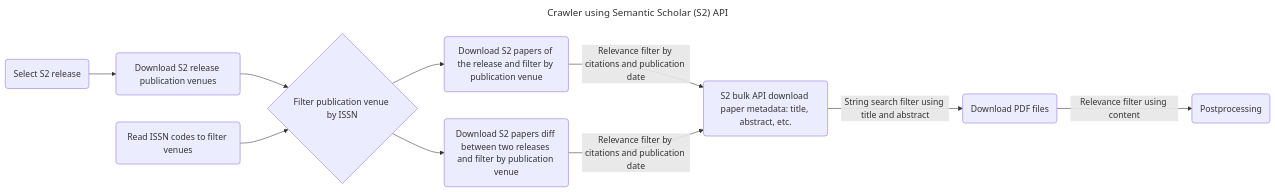
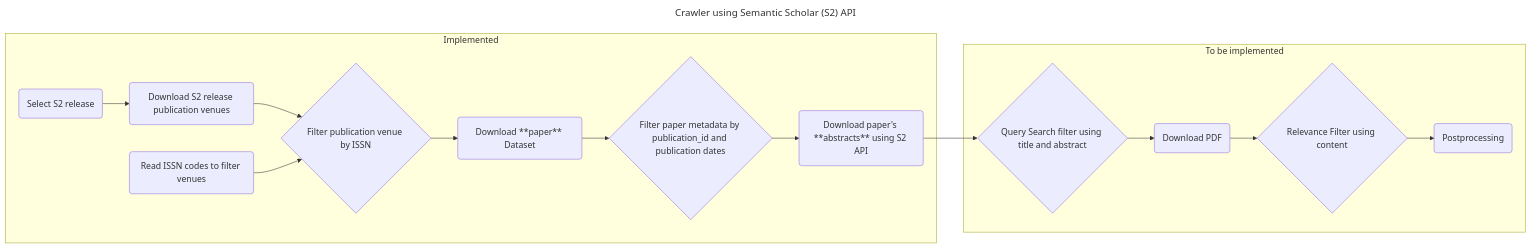
Before and after one commit to DFKI-NLP/kibad-crawler: the diagram in README.md, drawn with Mermaid. The commit also changed other lines of this file, not shown here.

Commit message:
Update diagram workflow in README with areas of Implemented and To be implemented

````diff
--- a/README.md
+++ b/README.md
@@ -6,17 +6,22 @@
 ```mermaid
 ---
 title: Crawler using Semantic Scholar (S2) API
 ---
 flowchart LR
-    id1(Select S2 release) --> id2
-    id2(Download S2 release publication venues)
-    id3(Read ISSN codes to filter venues)
-    id2 --> id4
-    id3 --> id4{Filter publication venue by ISSN}
-    id4 --> id5(Download S2 papers of the release and filter by publication venue)
-    id4 --> id51(Download S2 papers diff between two releases and filter by publication venue)
-    id5 --> |Relevance filter by citations and publication date|id6(S2 bulk API download paper metadata: title, abstract, etc.)
-    id51 --> |Relevance filter by citations and publication date|id6(S2 bulk API download paper metadata: title, abstract, etc.)
-    id6 --> |String search filter using title and abstract|id7(Download PDF files)
-    id7 --> |Relevance filter using content|id8(Postprocessing)
+    subgraph Implemented
+    release(Select S2 release) --> publication_venues
+    publication_venues(Download S2 release publication venues)
+    issn_codes(Read ISSN codes to filter venues)
+    publication_venues --> filter_publication_venue{Filter publication venue by ISSN}
+    issn_codes --> filter_publication_venue
+    filter_publication_venue --> paper_dataset(Download **paper** Dataset)
+    paper_dataset --> filter_dates{Filter paper metadata by publication_id and publication dates}
+    filter_dates --> abstract_dataset(Download paper's **abstracts** using S2 API)
+    end
+    abstract_dataset --> search_string{Query Search filter using title and abstract}
+    subgraph To be implemented
+    search_string --> download_pdf(Download PDF)
+    download_pdf --> relevance_filter{Relevance Filter using content}
+    relevance_filter --> postprocessing(Postprocessing)
+    end
 ```
````
